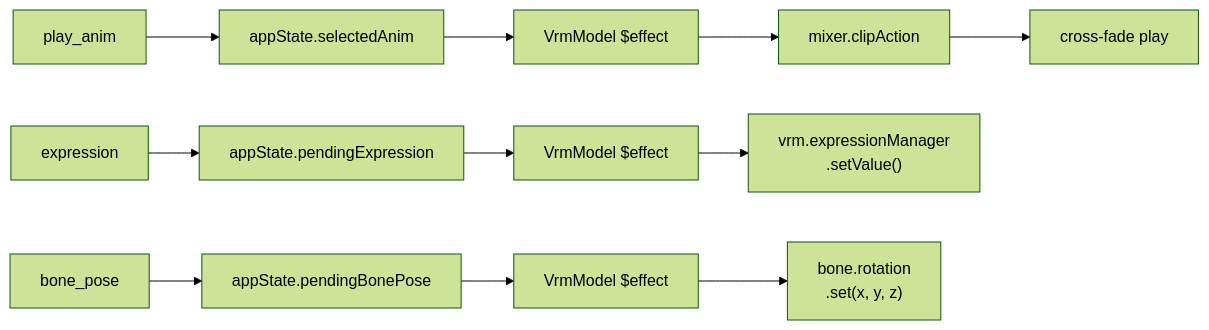
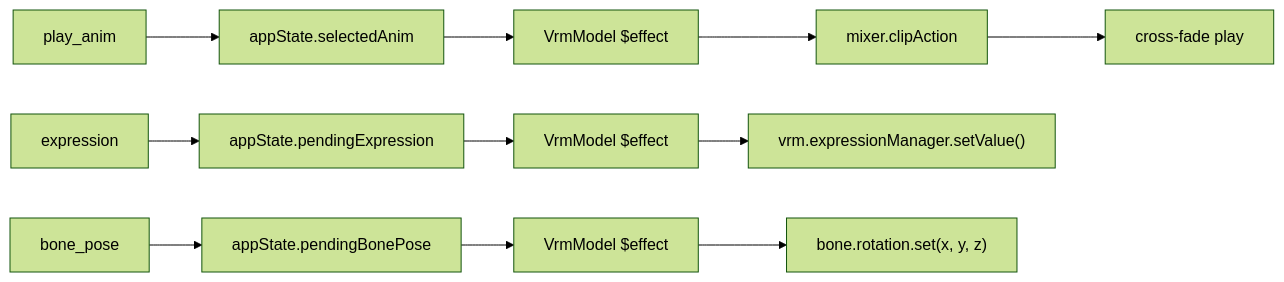
Before and after one commit to beancookie/vibe-break: the third of 3 diagrams in docs/plan.md, drawn with Mermaid (forest theme). The commit also changed other lines of this file and 2 other files, not shown here.

````diff
--- a/docs/plan.md
+++ b/docs/plan.md
@@ -205,6 +246,6 @@
 ```mermaid
 flowchart LR
   PA["play_anim"] --> SA["appState.selectedAnim"] --> VM1["VrmModel $effect"] --> MX["mixer.clipAction"] --> CF["cross‑fade play"]
-  EX["expression"] --> PE["appState.pendingExpression"] --> VM2["VrmModel $effect"] --> EM["vrm.expressionManager<br/>.setValue()"]
-  BP["bone_pose"] --> PBP["appState.pendingBonePose"] --> VM3["VrmModel $effect"] --> BR["bone.rotation<br/>.set(x, y, z)"]
+  EX["expression"] --> PE["appState.pendingExpression"] --> VM2["VrmModel $effect"] --> EM["vrm.expressionManager.setValue()"]
+  BP["bone_pose"] --> PBP["appState.pendingBonePose"] --> VM3["VrmModel $effect"] --> BR["bone.rotation.set(x, y, z)"]
 ```
````
